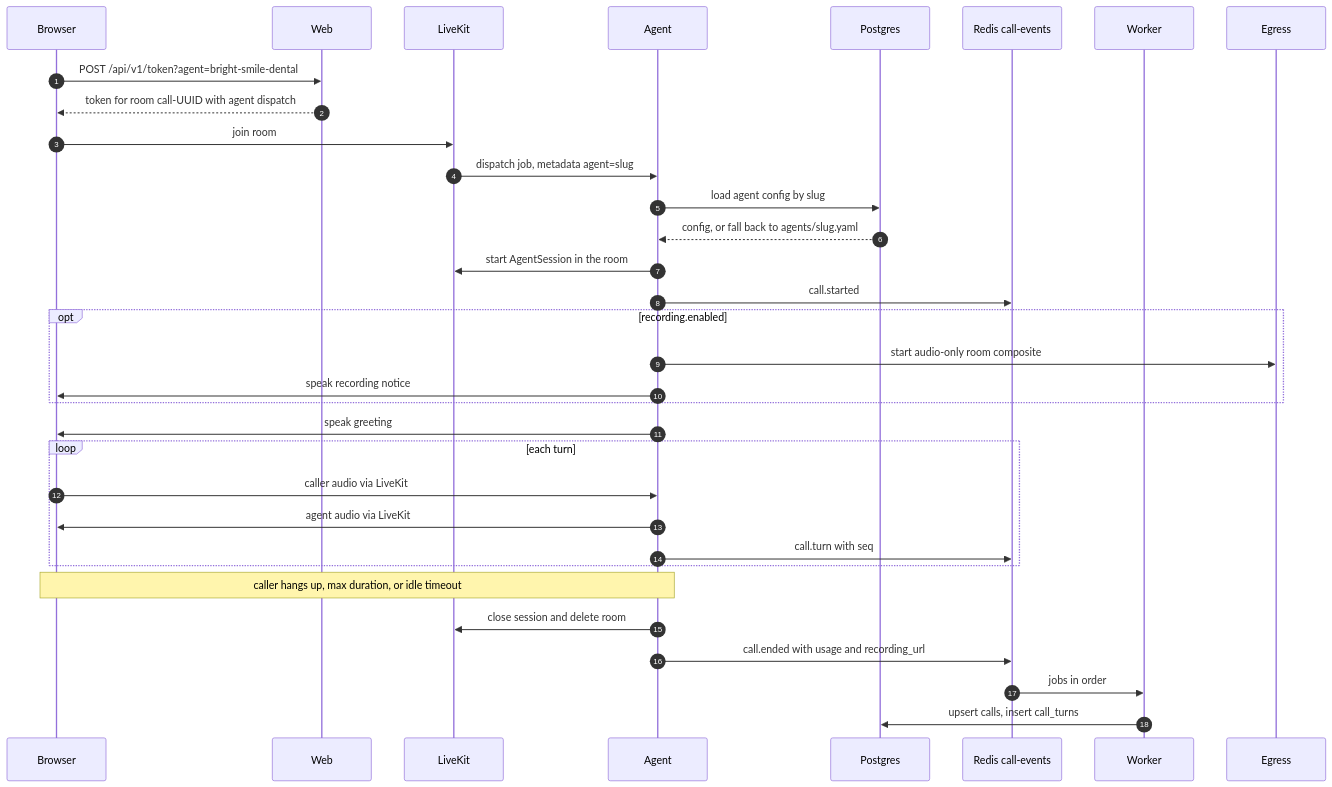
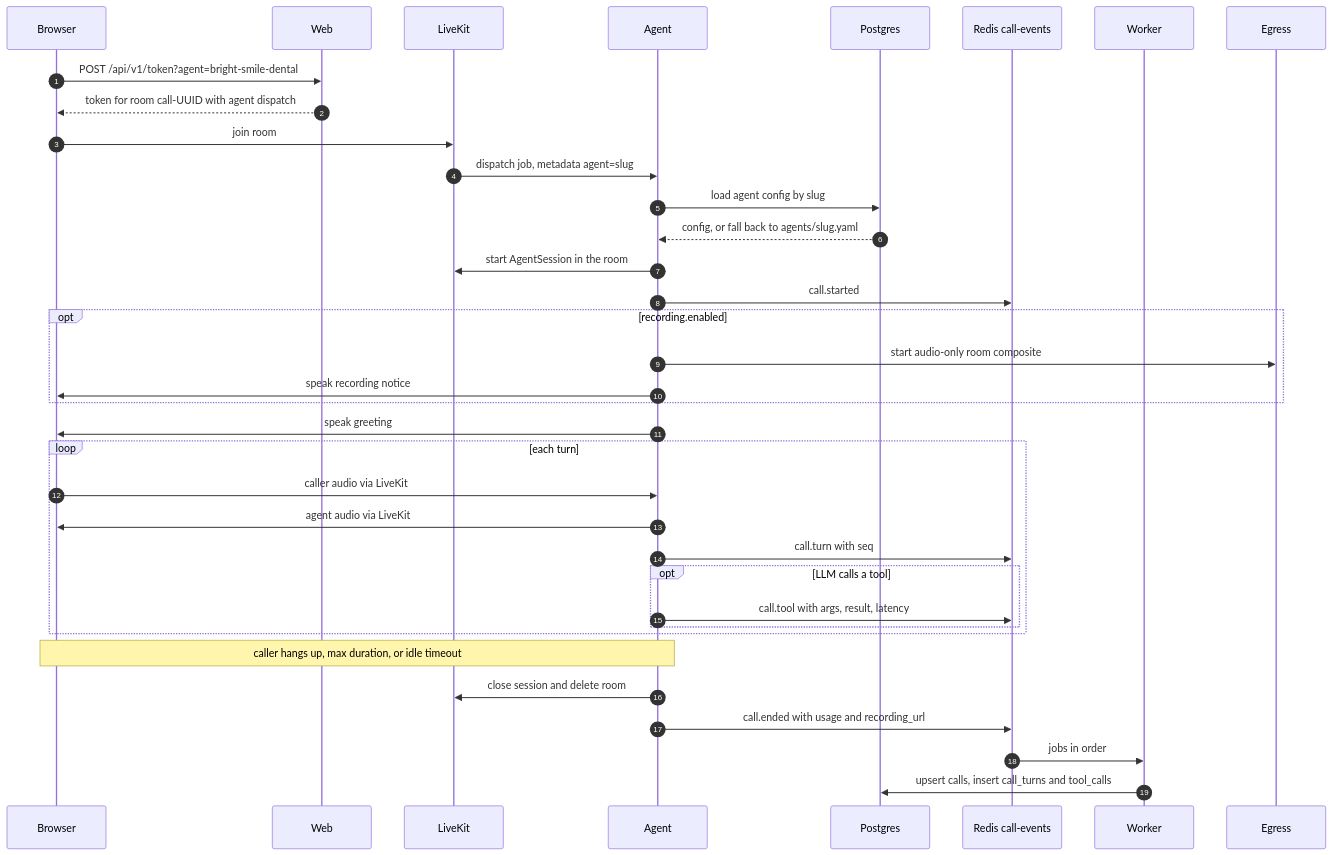
Before and after one commit to khantseithu/answerline: the second of 3 diagrams in docs/architecture.md, drawn with Mermaid. The commit also changed other lines of this file and 23 other files, not shown here.

First line of the commit message:
feat: log tool calls through call events

````diff
--- a/docs/architecture.md
+++ b/docs/architecture.md
@@ -51,36 +51,39 @@
 ```mermaid
 sequenceDiagram
     autonumber
     participant B as Browser
     participant W as Web
     participant L as LiveKit
     participant A as Agent
     participant P as Postgres
     participant Q as Redis call-events
     participant K as Worker
     participant E as Egress
 
     B->>W: POST /api/v1/token?agent=bright-smile-dental
     W-->>B: token for room call-UUID with agent dispatch
     B->>L: join room
     L->>A: dispatch job, metadata agent=slug
     A->>P: load agent config by slug
     P-->>A: config, or fall back to agents/slug.yaml
     A->>L: start AgentSession in the room
     A->>Q: call.started
     opt recording.enabled
         A->>E: start audio-only room composite
         A->>B: speak recording notice
     end
     A->>B: speak greeting
     loop each turn
         B->>A: caller audio via LiveKit
         A->>B: agent audio via LiveKit
         A->>Q: call.turn with seq
+        opt LLM calls a tool
+            A->>Q: call.tool with args, result, latency
+        end
     end
     Note over B,A: caller hangs up, max duration, or idle timeout
     A->>L: close session and delete room
     A->>Q: call.ended with usage and recording_url
     Q->>K: jobs in order
-    K->>P: upsert calls, insert call_turns
+    K->>P: upsert calls, insert call_turns and tool_calls
 ```
````
